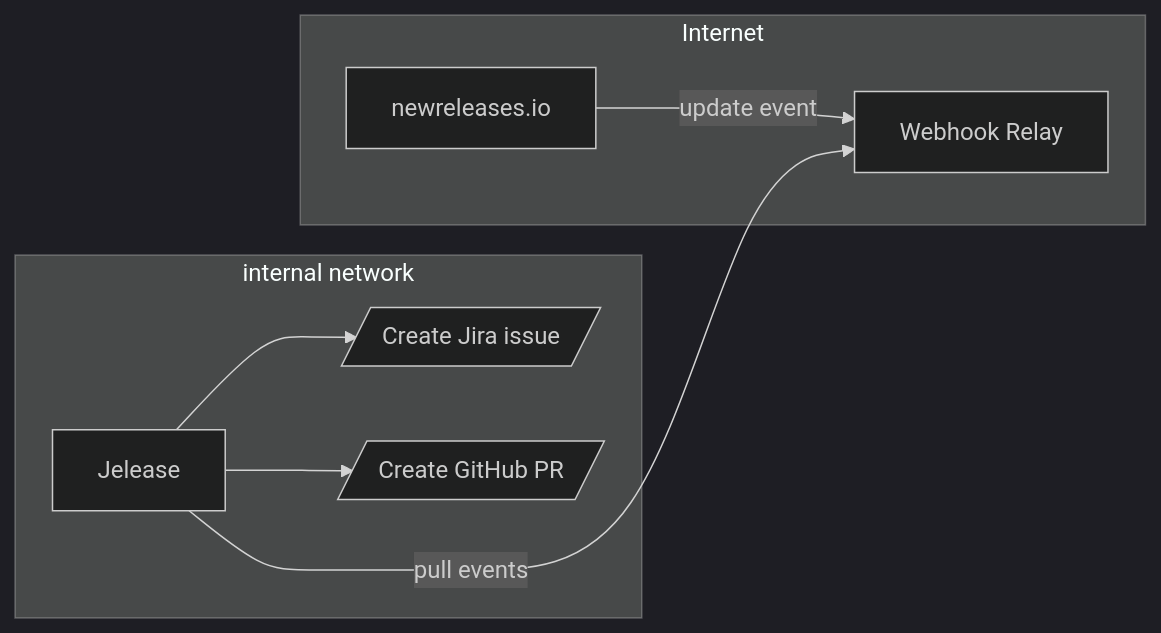
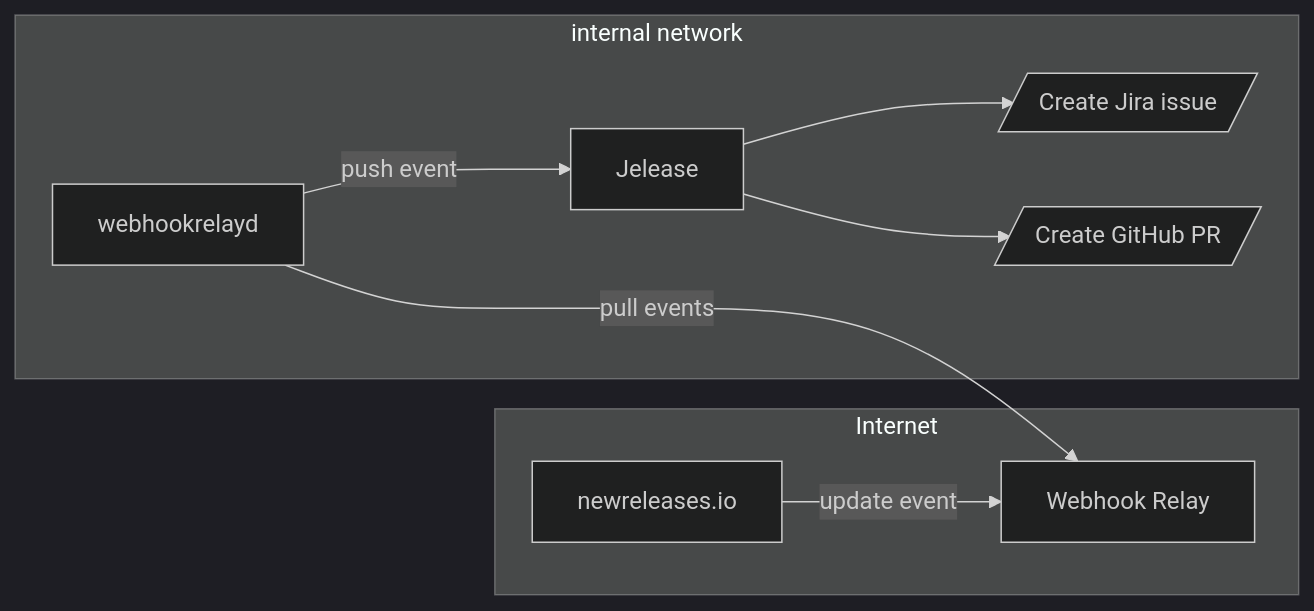
One commit to RiskIdent/jelease changed the second of 2 diagrams in README.md. Above: the diagram before and after it, drawn with Mermaid (dark theme).

````diff
--- a/README.md
+++ b/README.md
@@ -37,13 +37,14 @@
 ```mermaid
 flowchart LR
     subgraph Internet
       newreleases.io
       webhookrelay[Webhook Relay]
     end
     newreleases.io -->|update event| webhookrelay
-    Jelease --->|pull events| webhookrelay
+    webhookrelayd --->|pull events| webhookrelay
     subgraph internal network
       Jelease --> jira[/Create Jira issue/]
       Jelease --> pr[/Create GitHub PR/]
+      webhookrelayd -->|push event| Jelease
     end
 ```
````
